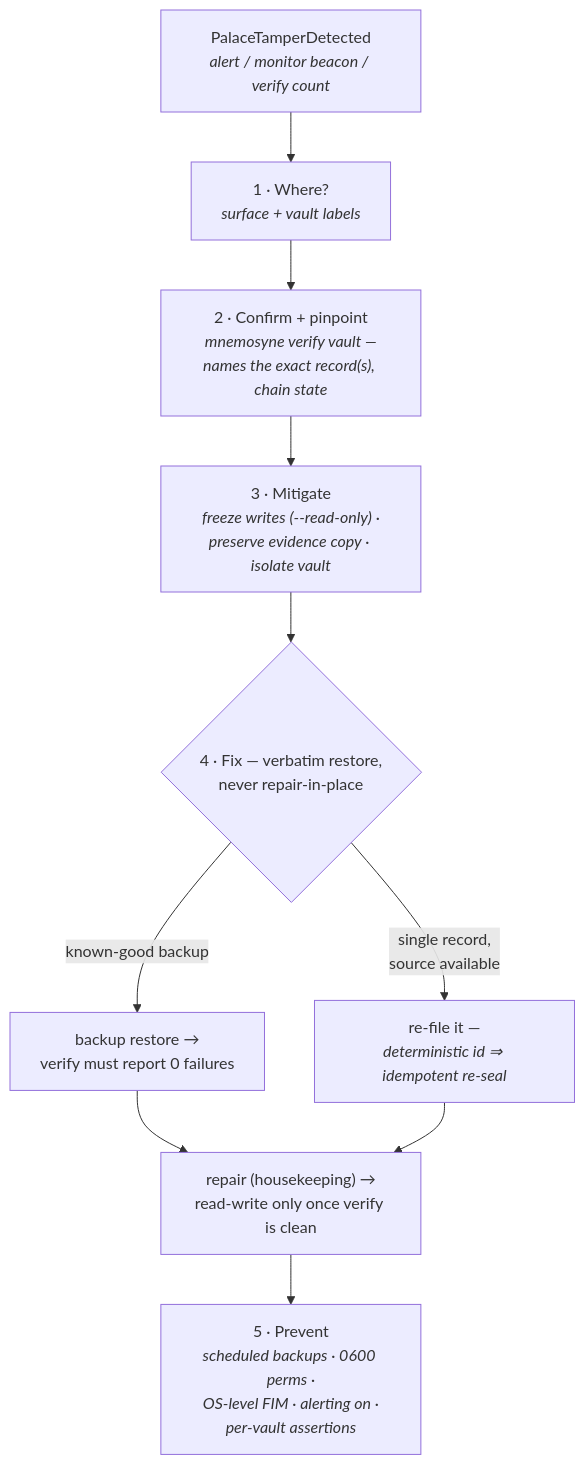
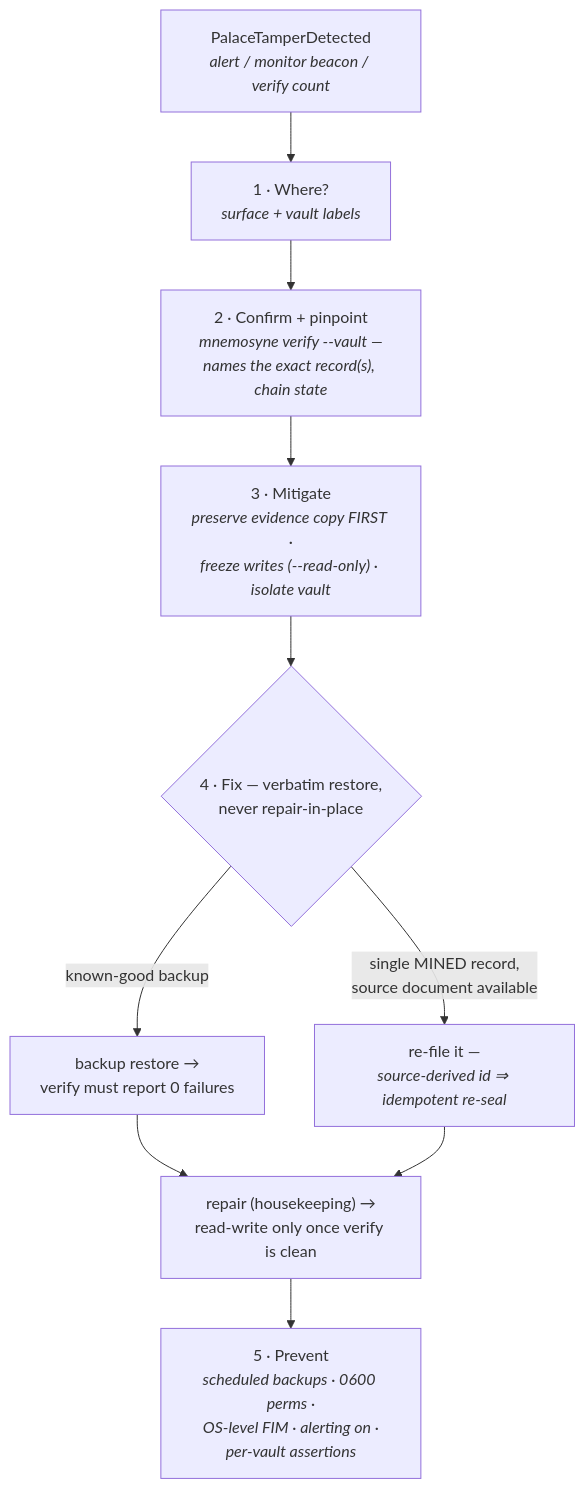
The diagram in website/src/runbook.md (compufreq/mnemosyne), drawn with Mermaid before and after one commit. The commit also changed other lines of this file and 3 other files, not shown here.

````diff
--- a/website/src/runbook.md
+++ b/website/src/runbook.md
@@ -16,12 +16,12 @@
 ```mermaid
 flowchart TB
     alert["PalaceTamperDetected<br/><i>alert / monitor beacon / verify count</i>"] --> loc["1 · Where?<br/><i>surface + vault labels</i>"]
-    loc --> conf["2 · Confirm + pinpoint<br/><i>mnemosyne verify vault —<br/>names the exact record(s), chain state</i>"]
-    conf --> mit["3 · Mitigate<br/><i>freeze writes (--read-only) ·<br/>preserve evidence copy · isolate vault</i>"]
+    loc --> conf["2 · Confirm + pinpoint<br/><i>mnemosyne verify --vault —<br/>names the exact record(s), chain state</i>"]
+    conf --> mit["3 · Mitigate<br/><i>preserve evidence copy FIRST ·<br/>freeze writes (--read-only) · isolate vault</i>"]
     mit --> fix{"4 · Fix — verbatim restore,<br/>never repair-in-place"}
     fix -- "known-good backup" --> restore["backup restore →<br/>verify must report 0 failures"]
-    fix -- "single record,<br/>source available" --> refile["re-file it —<br/><i>deterministic id ⇒ idempotent re-seal</i>"]
+    fix -- "single MINED record,<br/>source document available" --> refile["re-file it —<br/><i>source-derived id ⇒ idempotent re-seal</i>"]
     restore --> clean["repair (housekeeping) →<br/>read-write only once verify is clean"]
     refile --> clean
     clean --> prev["5 · Prevent<br/><i>scheduled backups · 0600 perms ·<br/>OS-level FIM · alerting on ·<br/>per-vault assertions</i>"]
 ```
````
